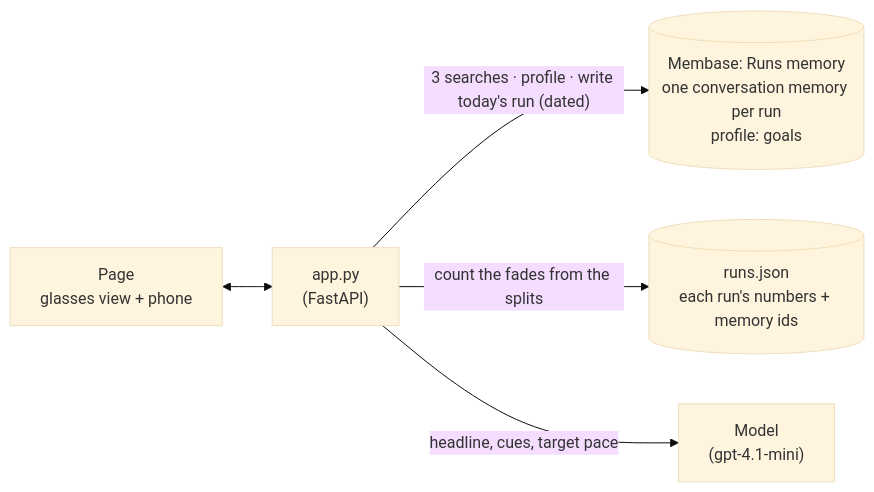
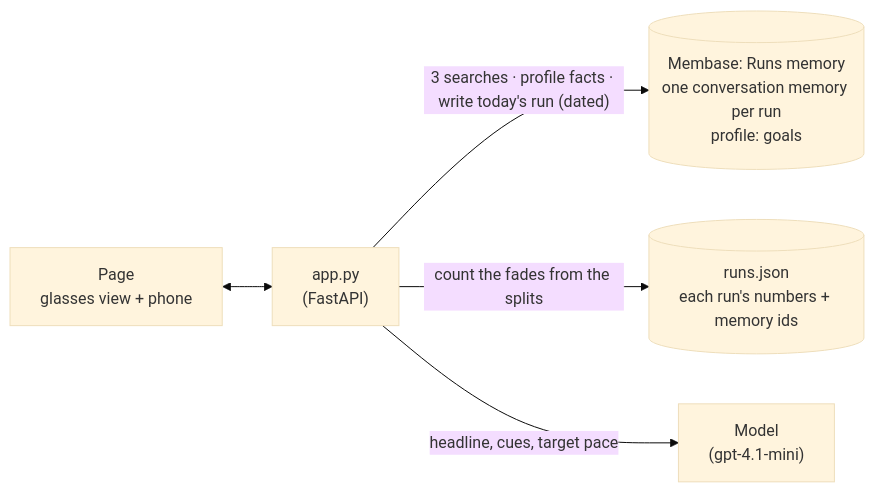
One commit to unibaseio/membase-use-cases changed the diagram in 17-run-coach-hud/README.md. Above: the diagram before and after it, drawn with Mermaid (base theme). The commit also changed other lines of this file and 55 other files, not shown here.

````diff
--- a/17-run-coach-hud/README.md
+++ b/17-run-coach-hud/README.md
@@ -40,7 +40,7 @@
 ```mermaid
 flowchart LR
   P["Page<br/>glasses view + phone"] <--> A["app.py<br/>(FastAPI)"]
-  A -- "3 searches · profile · write today's run (dated)" --> M[("Membase: Runs memory<br/>one conversation memory per run<br/>profile: goals")]
+  A -- "3 searches · profile facts · write today's run (dated)" --> M[("Membase: Runs memory<br/>one conversation memory per run<br/>profile: goals")]
   A -- "count the fades from the splits" --> R[("runs.json<br/>each run's numbers + memory ids")]
   A -- "headline, cues, target pace" --> L["Model<br/>(gpt-4.1-mini)"]
 ```
````
